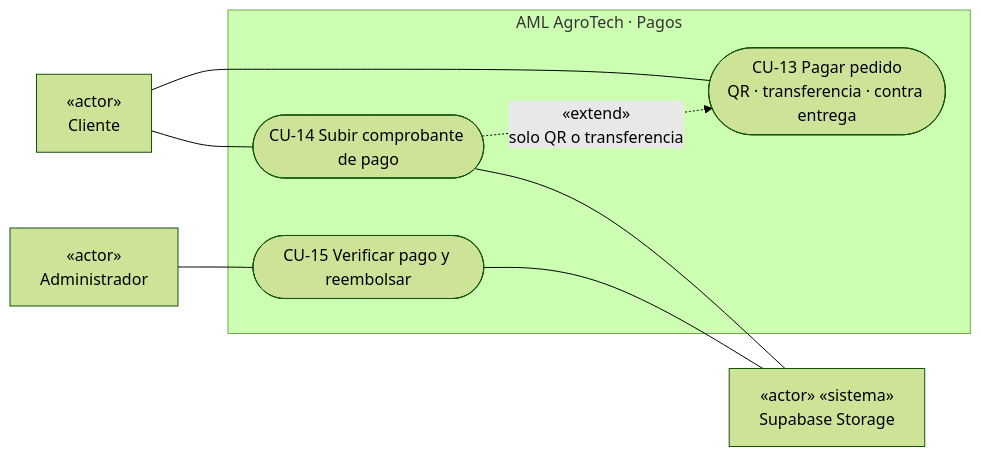
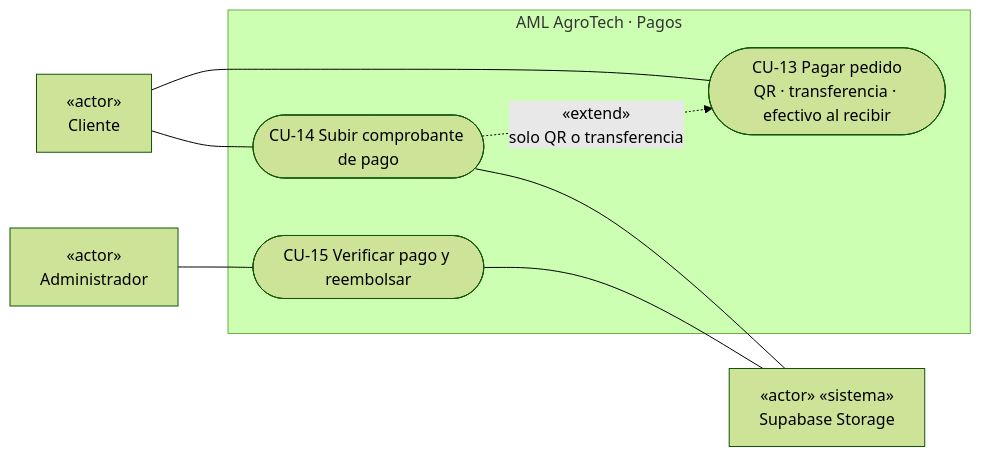
The fourth of 9 diagrams in docs/uml/casos-de-uso.md (Almartinezlima/AML-AgroTech), drawn with Mermaid (forest theme) before and after one commit. The commit also changed other lines of this file and 14 other files, not shown here.

Commit message:
docs(compra): compra en 3 clics, efectivo al recibir confirmado, visor del comprobante y nombres nuevos en specs, UML, OpenAPI y arquitectura

````diff
--- a/docs/uml/casos-de-uso.md
+++ b/docs/uml/casos-de-uso.md
@@ -106,17 +106,17 @@
 ```mermaid
 flowchart LR
   C["«actor»<br/>Cliente"]
   A["«actor»<br/>Administrador"]
   S["«actor» «sistema»<br/>Supabase Storage"]
   subgraph PAG["AML AgroTech · Pagos"]
-    CU13(["CU-13 Pagar pedido<br/>QR · transferencia · contra entrega"])
+    CU13(["CU-13 Pagar pedido<br/>QR · transferencia · efectivo al recibir"])
     CU14(["CU-14 Subir comprobante de pago"])
     CU15(["CU-15 Verificar pago y reembolsar"])
   end
   C --- CU13
   C --- CU14
   A --- CU15
   CU14 -.->|«extend»<br/>solo QR o transferencia| CU13
   CU14 --- S
   CU15 --- S
 ```
````
